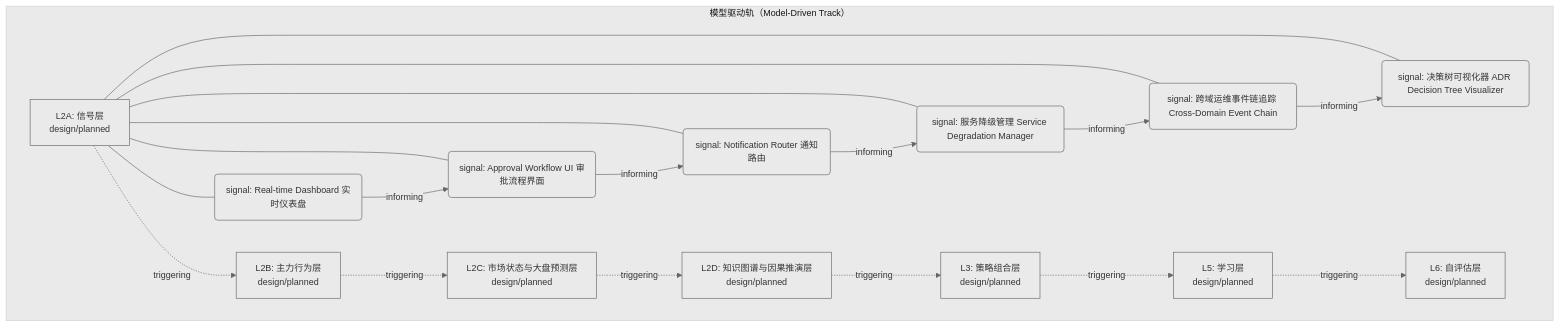
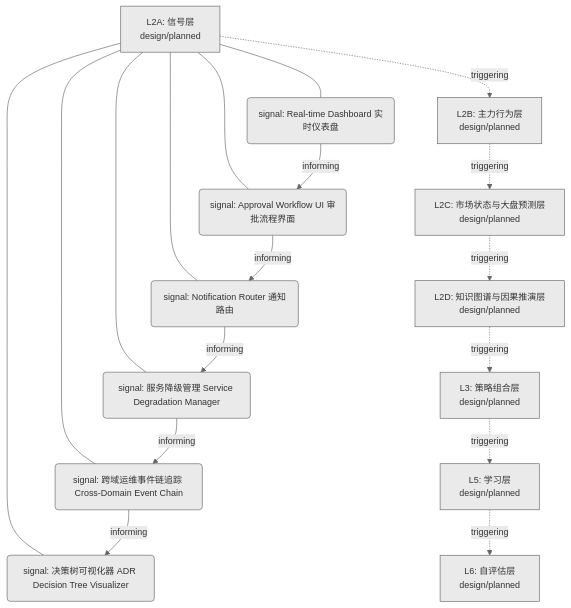
The first of 2 diagrams in docs/02_enterprise_architecture/06_decision_architecture/08_decision_l2a_frontend.md (xuanFelixVan/ZephyrAlpha), drawn with Mermaid before and after one commit. The commit also changed other lines of this file and 20 other files, not shown here.

First line of the commit message:
fix(decision-diagram): _gen_overview_mmd 去掉 subgraph 修复节点白色+高度问题

````diff
--- a/docs/02_enterprise_architecture/06_decision_architecture/08_decision_l2a_frontend.md
+++ b/docs/02_enterprise_architecture/06_decision_architecture/08_decision_l2a_frontend.md
@@ -21,36 +21,34 @@
 ```mermaid
 %%{init: {'theme': 'base', 'themeVariables': {'primaryColor': '#eaeaea', 'primaryTextColor': '#333333', 'primaryBorderColor': '#666666', 'lineColor': '#666666', 'secondaryColor': '#eaeaea', 'tertiaryColor': '#eaeaea', 'fontSize': '14px'}}}%%
 flowchart TD
-    subgraph track_model_driven["模型驱动轨（Model-Driven Track）"]
-        LL2A["L2A: 信号层<br/>design/planned"]
-        N200("signal: Approval Workflow UI 审批流程界面")
-        LL2A --- N200
-        N201("signal: Notification Router 通知路由")
-        LL2A --- N201
-        N202("signal: Real-time Dashboard 实时仪表盘")
-        LL2A --- N202
-        N203("signal: 决策树可视化器 ADR Decision Tree Visualizer")
-        LL2A --- N203
-        N209("signal: 服务降级管理 Service Degradation Manager")
-        LL2A --- N209
-        N210("signal: 跨域运维事件链追踪 Cross-Domain Event Chain")
-        LL2A --- N210
-        LL2B["L2B: 主力行为层<br/>design/planned"]
-        LL2C["L2C: 市场状态与大盘预测层<br/>design/planned"]
-        LL2D["L2D: 知识图谱与因果推演层<br/>design/planned"]
-        LL3["L3: 策略组合层<br/>design/planned"]
-        LL5["L5: 学习层<br/>design/planned"]
-        LL6["L6: 自评估层<br/>design/planned"]
-    end
+    LL2A["L2A: 信号层<br/>design/planned"]
+    N200("signal: Approval Workflow UI 审批流程界面")
+    LL2A --- N200
+    N201("signal: Notification Router 通知路由")
+    LL2A --- N201
+    N202("signal: Real-time Dashboard 实时仪表盘")
+    LL2A --- N202
+    N203("signal: 决策树可视化器 ADR Decision Tree Visualizer")
+    LL2A --- N203
+    N209("signal: 服务降级管理 Service Degradation Manager")
+    LL2A --- N209
+    N210("signal: 跨域运维事件链追踪 Cross-Domain Event Chain")
+    LL2A --- N210
+    LL2B["L2B: 主力行为层<br/>design/planned"]
+    LL2C["L2C: 市场状态与大盘预测层<br/>design/planned"]
+    LL2D["L2D: 知识图谱与因果推演层<br/>design/planned"]
+    LL3["L3: 策略组合层<br/>design/planned"]
+    LL5["L5: 学习层<br/>design/planned"]
+    LL6["L6: 自评估层<br/>design/planned"]
     LL2A -.->|triggering| LL2B
     LL2B -.->|triggering| LL2C
     LL2C -.->|triggering| LL2D
     LL2D -.->|triggering| LL3
     LL3 -.->|triggering| LL5
     LL5 -.->|triggering| LL6
     N202 -->|informing| N200
     N200 -->|informing| N201
     N201 -->|informing| N209
     N209 -->|informing| N210
     N210 -->|informing| N203
 ```
````
